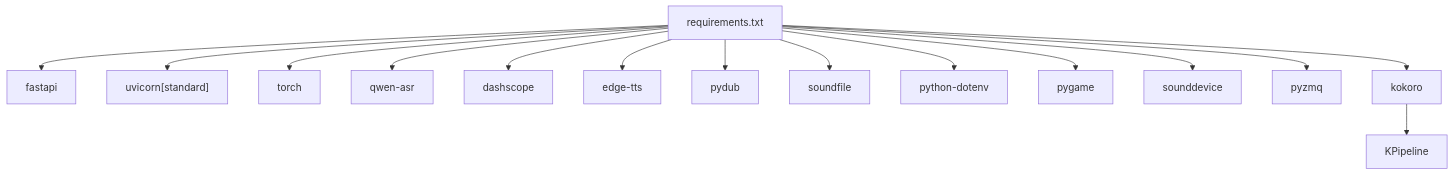
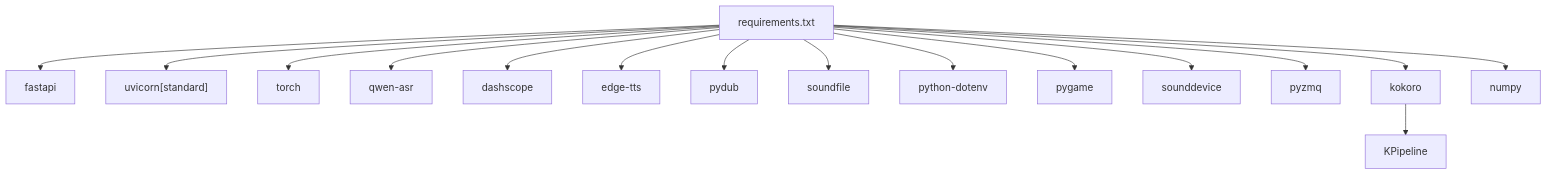
Diagram 12 of 12 in .qoder/repowiki/zh/content/开发者指南/开发者指南.md (1024dashen/Vue3Speech), drawn with Mermaid before and after one commit. The commit also changed other lines of this file and 5 other files, not shown here.

````diff
--- a/.qoder/repowiki/zh/content/开发者指南/开发者指南.md
+++ b/.qoder/repowiki/zh/content/开发者指南/开发者指南.md
@@ -495,16 +565,17 @@
 ```mermaid
 graph TB
 Req["requirements.txt"] --> FastAPI["fastapi"]
 Req --> Uvicorn["uvicorn[standard]"]
 Req --> Torch["torch"]
 Req --> ASR["qwen-asr"]
 Req --> Dash["dashscope"]
 Req --> Edge["edge-tts"]
 Req --> PyDub["pydub"]
 Req --> SF["soundfile"]
 Req --> DotEnv["python-dotenv"]
 Req --> Pygame["pygame"]
 Req --> SD["sounddevice"]
 Req --> ZMQ["pyzmq"]
 Req --> Kokoro["kokoro"] --> KPipeline["KPipeline"]
+Req --> Numpy["numpy"]
 ```
````
